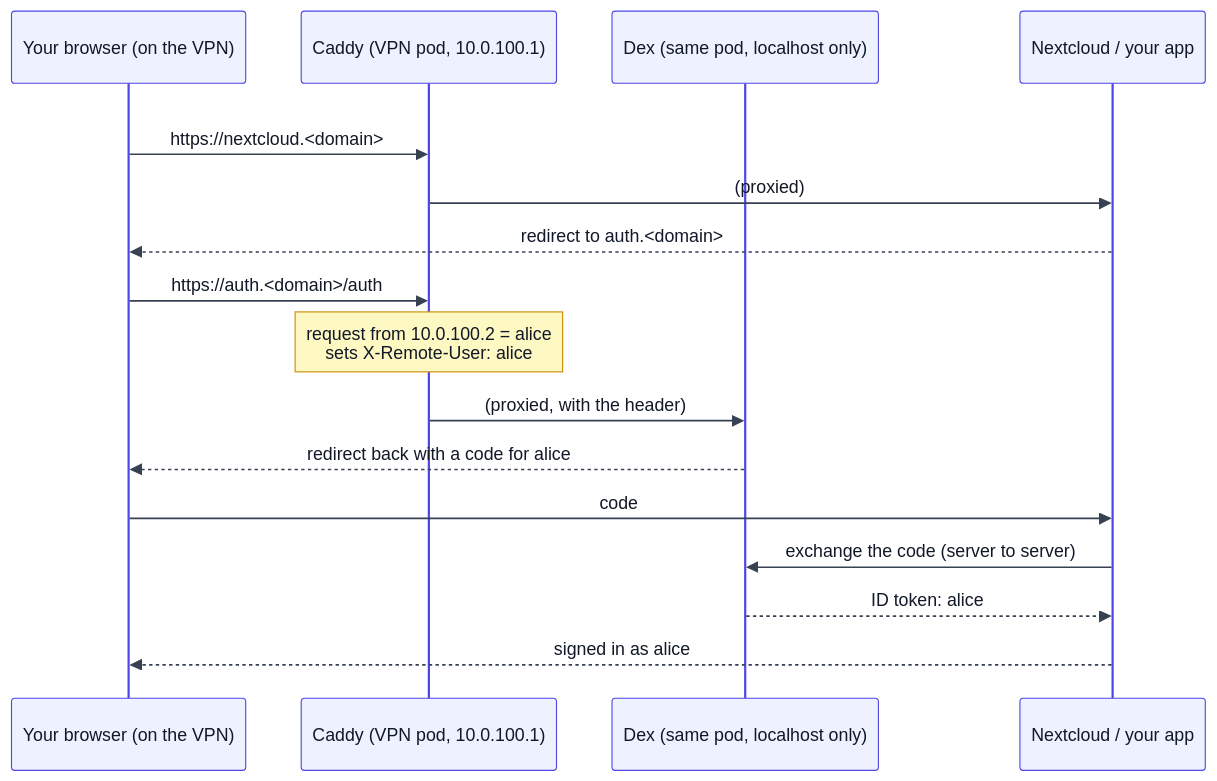
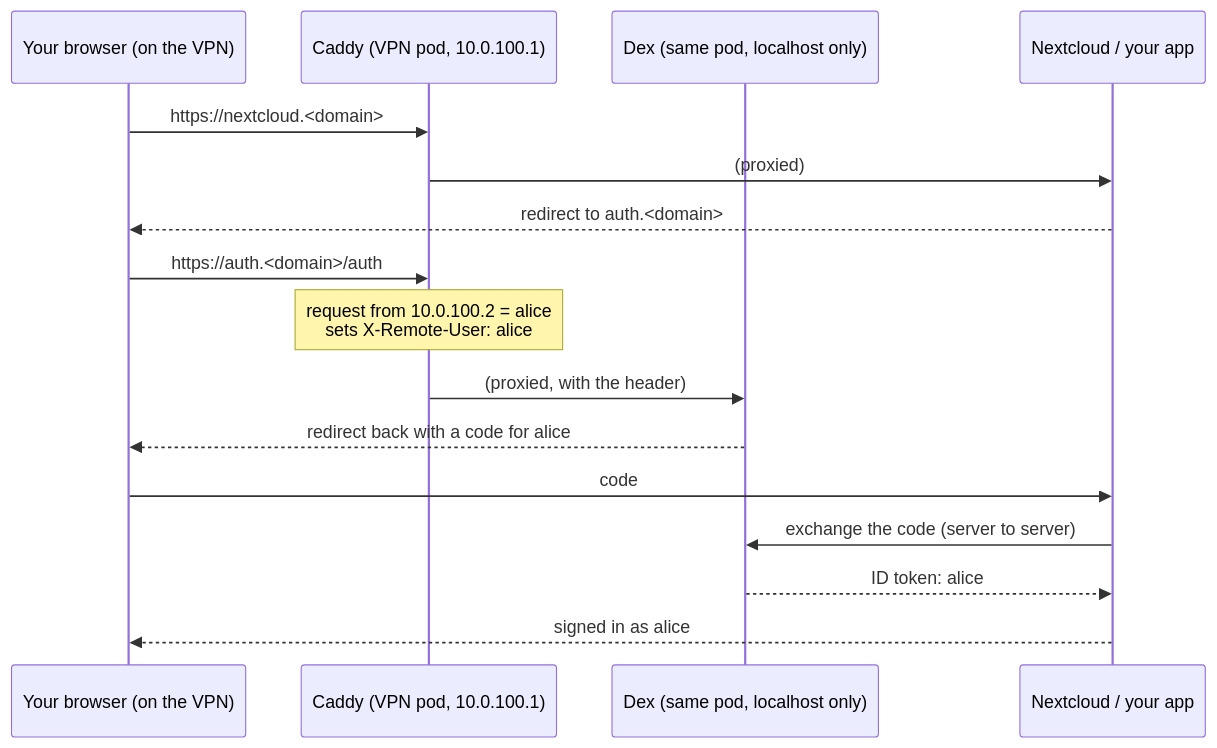
Before and after one commit to thatbagu/nixlab: the diagram in docs/sso.md, drawn with Mermaid. The commit also changed 2 other files, not shown here.

Commit message:
docs: render diagrams in the book's theme (readable SSO diagram)
mermaid-init ran on 'load', after mermaid had drawn with its light default
theme: dark labels on the dark page. Initialize first, matching the book's
theme. Reverts the SSO diagram's own init block, which the book's parser
didn't accept.

````diff
--- a/docs/sso.md
+++ b/docs/sso.md
@@ -7,21 +7,18 @@
 ```mermaid
-%%{init: {"theme": "base", "themeVariables": {"background": "#ffffff", "primaryColor": "#eef2ff", "primaryBorderColor": "#4f46e5", "primaryTextColor": "#111827", "actorTextColor": "#111827", "signalColor": "#374151", "signalTextColor": "#111827", "labelTextColor": "#111827", "noteBkgColor": "#fef9c3", "noteBorderColor": "#ca8a04", "noteTextColor": "#111827", "lineColor": "#374151"}}}%%
 sequenceDiagram
     participant B as Your browser (on the VPN)
     participant C as Caddy (VPN pod, 10.0.100.1)
     participant D as Dex (same pod, localhost only)
     participant A as Nextcloud / your app
-    rect rgb(255, 255, 255)
     B->>C: https://nextcloud.<domain>
     C->>A: (proxied)
     A-->>B: redirect to auth.<domain>
     B->>C: https://auth.<domain>/auth
     Note over C: request from 10.0.100.2 = alice<br/>sets X-Remote-User: alice
     C->>D: (proxied, with the header)
     D-->>B: redirect back with a code for alice
     B->>A: code
     A->>D: exchange the code (server to server)
     D-->>A: ID token: alice
     A-->>B: signed in as alice
-    end
 ```
````
